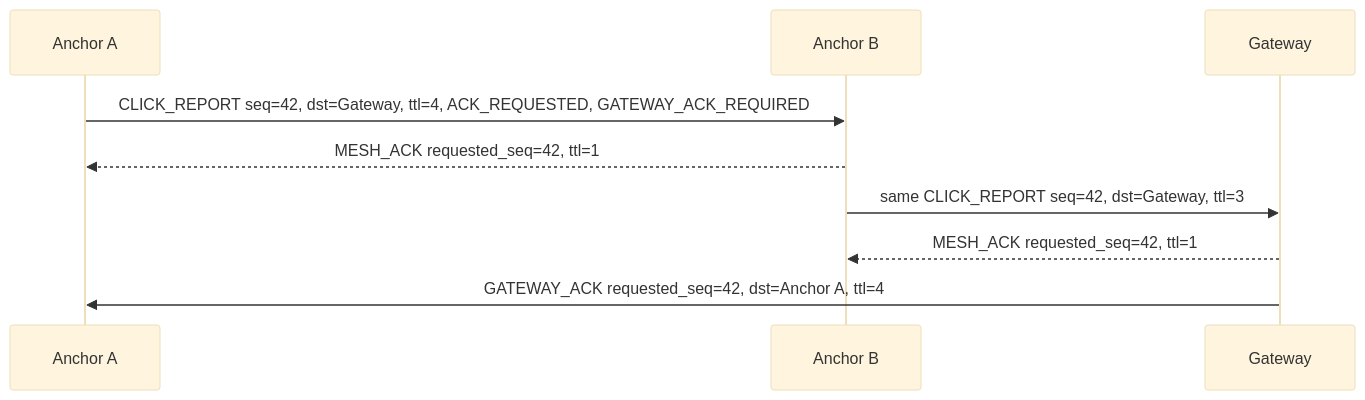
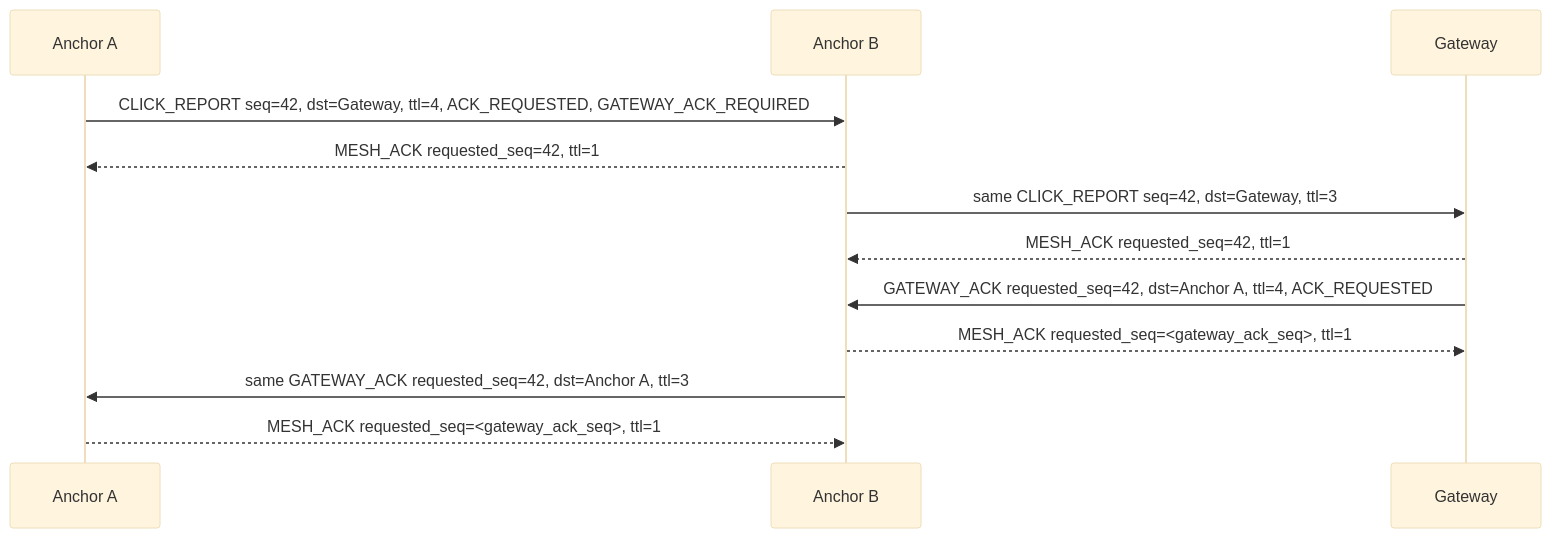
Before and after one commit to Jubliano-sama/IMEC2: the first of 2 diagrams in Documentation/UWB+BLE Protocols and Strategies.md, drawn with Mermaid (base theme). The commit also changed other lines of this file and 13 other files, not shown here.

````diff
--- a/Documentation/UWB+BLE Protocols and Strategies.md
+++ b/Documentation/UWB+BLE Protocols and Strategies.md
@@ -160,12 +160,15 @@
 ```mermaid
 sequenceDiagram
  participant A as Anchor A
  participant B as Anchor B
  participant G as Gateway
 
  A->>B: CLICK_REPORT seq=42, dst=Gateway, ttl=4, ACK_REQUESTED, GATEWAY_ACK_REQUIRED
  B-->>A: MESH_ACK requested_seq=42, ttl=1
  B->>G: same CLICK_REPORT seq=42, dst=Gateway, ttl=3
  G-->>B: MESH_ACK requested_seq=42, ttl=1
- G->>A: GATEWAY_ACK requested_seq=42, dst=Anchor A, ttl=4
+ G->>B: GATEWAY_ACK requested_seq=42, dst=Anchor A, ttl=4, ACK_REQUESTED
+ B-->>G: MESH_ACK requested_seq=<gateway_ack_seq>, ttl=1
+ B->>A: same GATEWAY_ACK requested_seq=42, dst=Anchor A, ttl=3
+ A-->>B: MESH_ACK requested_seq=<gateway_ack_seq>, ttl=1
 ```
````
